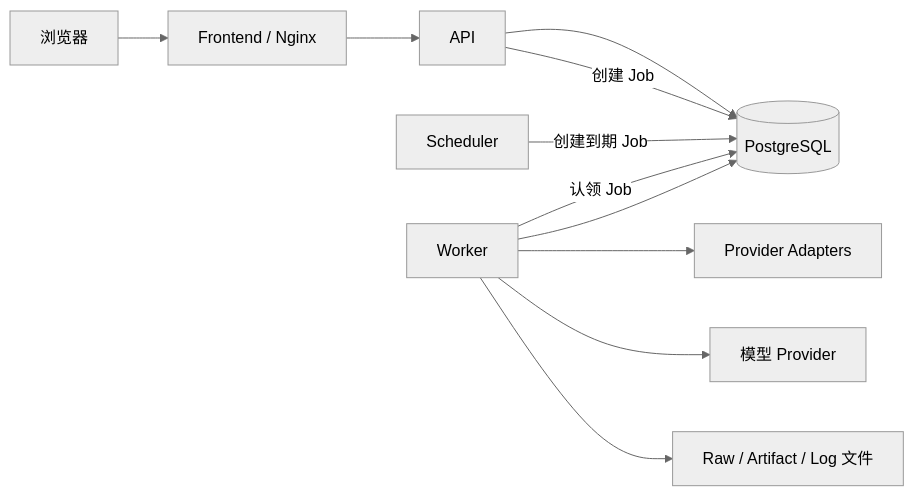
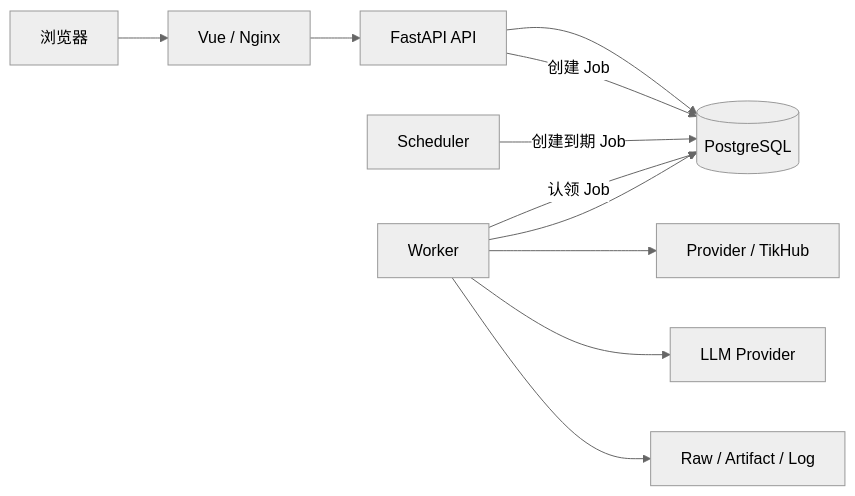
One commit to dingyuwen777/AIMA_UGC changed the diagram in docs/blueprint/01-总体架构与技术选型.md. Above: the diagram before and after it, drawn with Mermaid (neutral theme). The commit also changed other lines of this file, not shown here.

Commit message:
收敛总体架构蓝图并同步当前实现

````diff
--- a/docs/blueprint/01-总体架构与技术选型.md
+++ b/docs/blueprint/01-总体架构与技术选型.md
@@ -142,23 +144,23 @@
 ```mermaid
 flowchart LR
-    User[浏览器]
-    Frontend[Frontend / Nginx]
-    Api[API]
-    Database[(PostgreSQL)]
+    Browser[浏览器]
+    Frontend[Vue / Nginx]
+    API[FastAPI API]
+    DB[(PostgreSQL)]
+    Scheduler[Scheduler]
     Worker[Worker]
-    Scheduler[Scheduler]
-    Providers[Provider Adapters]
-    LLM[模型 Provider]
-    Files[Raw / Artifact / Log 文件]
+    Provider[Provider / TikHub]
+    LLM[LLM Provider]
+    Files[Raw / Artifact / Log]
 
-    User --> Frontend
-    Frontend --> Api
-    Api --> Database
-    Api -->|创建 Job| Database
-    Scheduler -->|创建到期 Job| Database
-    Worker -->|认领 Job| Database
-    Worker --> Providers
+    Browser --> Frontend
+    Frontend --> API
+    API --> DB
+    API -->|创建 Job| DB
+    Scheduler -->|创建到期 Job| DB
+    Worker -->|认领 Job| DB
+    Worker --> Provider
     Worker --> LLM
     Worker --> Files
-    Worker --> Database
+    Worker --> DB
 ```
````
